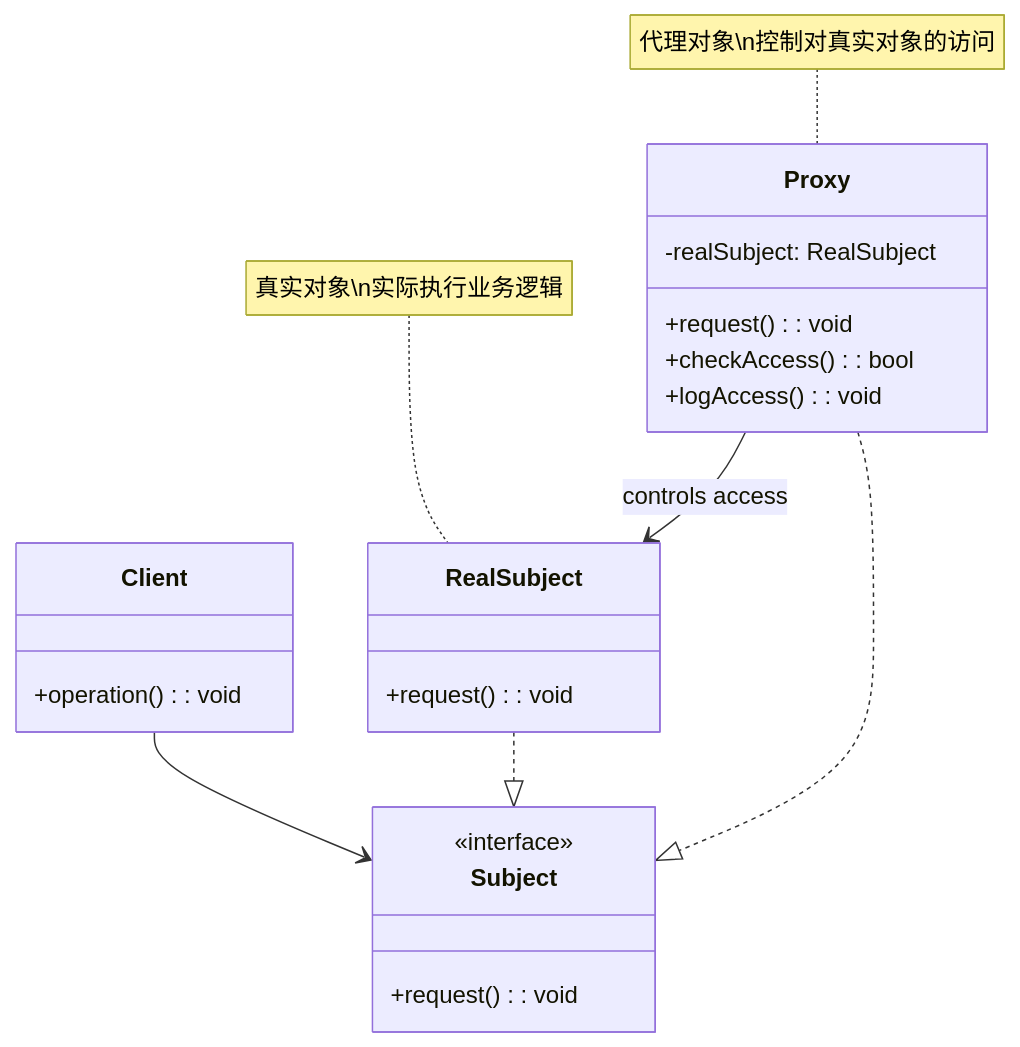
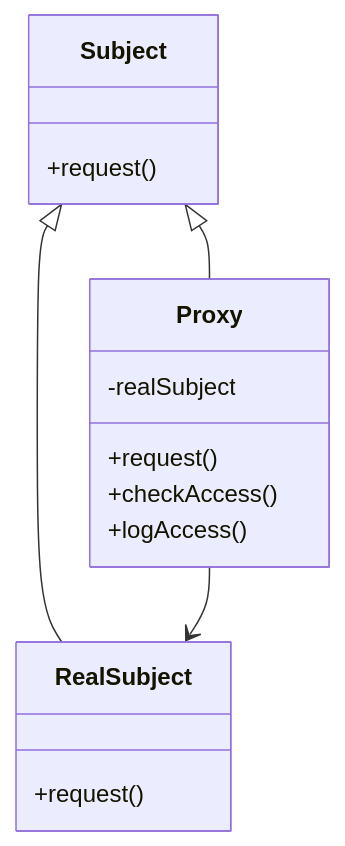
The first of 2 diagrams in resources/design-patterns/laravel/structural/proxy_zh.md (fanly/DesignPattern), drawn with Mermaid before and after one commit. The commit also changed other lines of this file and 103 other files, not shown here.

````diff
--- a/resources/design-patterns/laravel/structural/proxy_zh.md
+++ b/resources/design-patterns/laravel/structural/proxy_zh.md
@@ -10,30 +22,21 @@
 ```mermaid
 classDiagram
     class Subject {
-        <<interface>>
-        +request(): void
+        +request()
     }
     
     class RealSubject {
-        +request(): void
+        +request()
     }
     
     class Proxy {
-        -realSubject: RealSubject
-        +request(): void
-        +checkAccess(): bool
-        +logAccess(): void
+        -realSubject
+        +request()
+        +checkAccess()
+        +logAccess()
     }
     
-    class Client {
-        +operation(): void
-    }
-    
-    Client --> Subject
-    RealSubject ..|> Subject
-    Proxy ..|> Subject
-    Proxy --> RealSubject : controls access
-    
-    note for Proxy "代理对象\n控制对真实对象的访问"
-    note for RealSubject "真实对象\n实际执行业务逻辑"
+    Subject <|-- RealSubject
+    Subject <|-- Proxy
+    Proxy --> RealSubject
 ```
````
